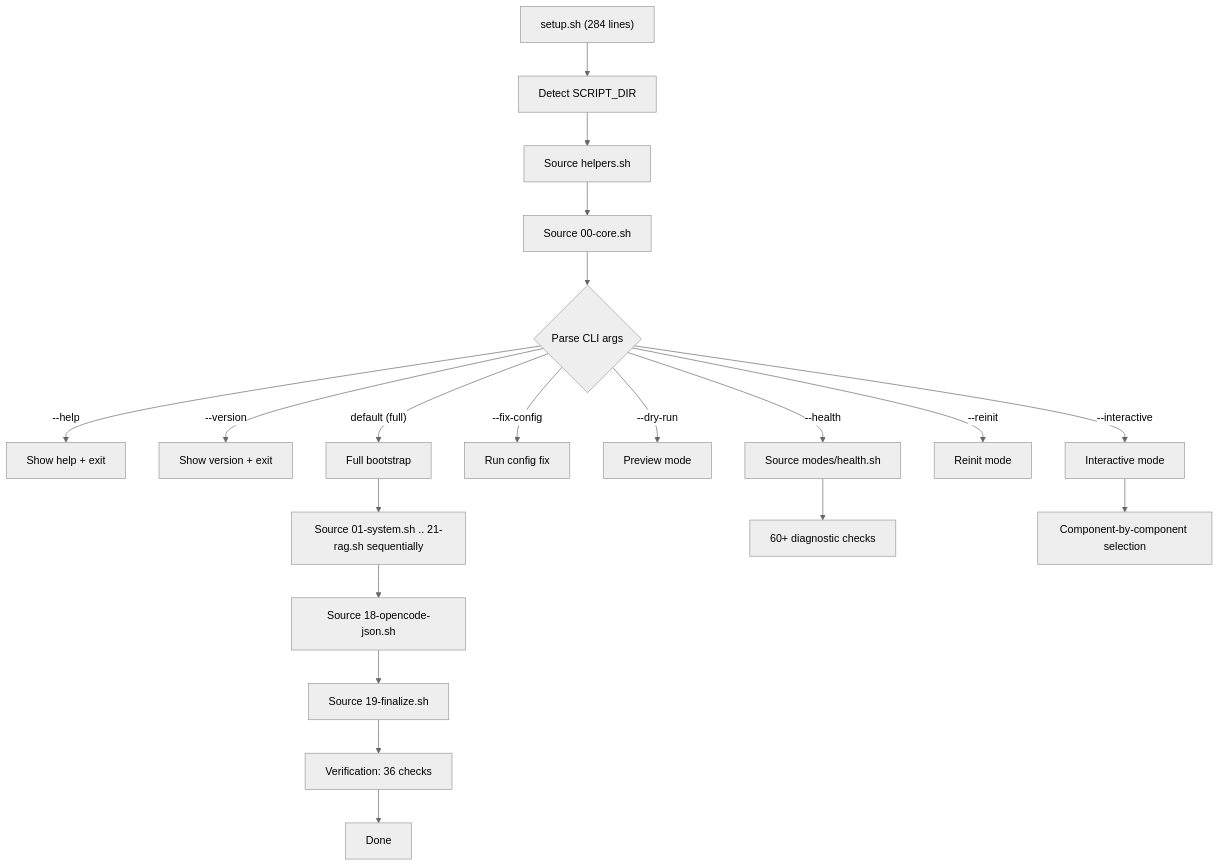
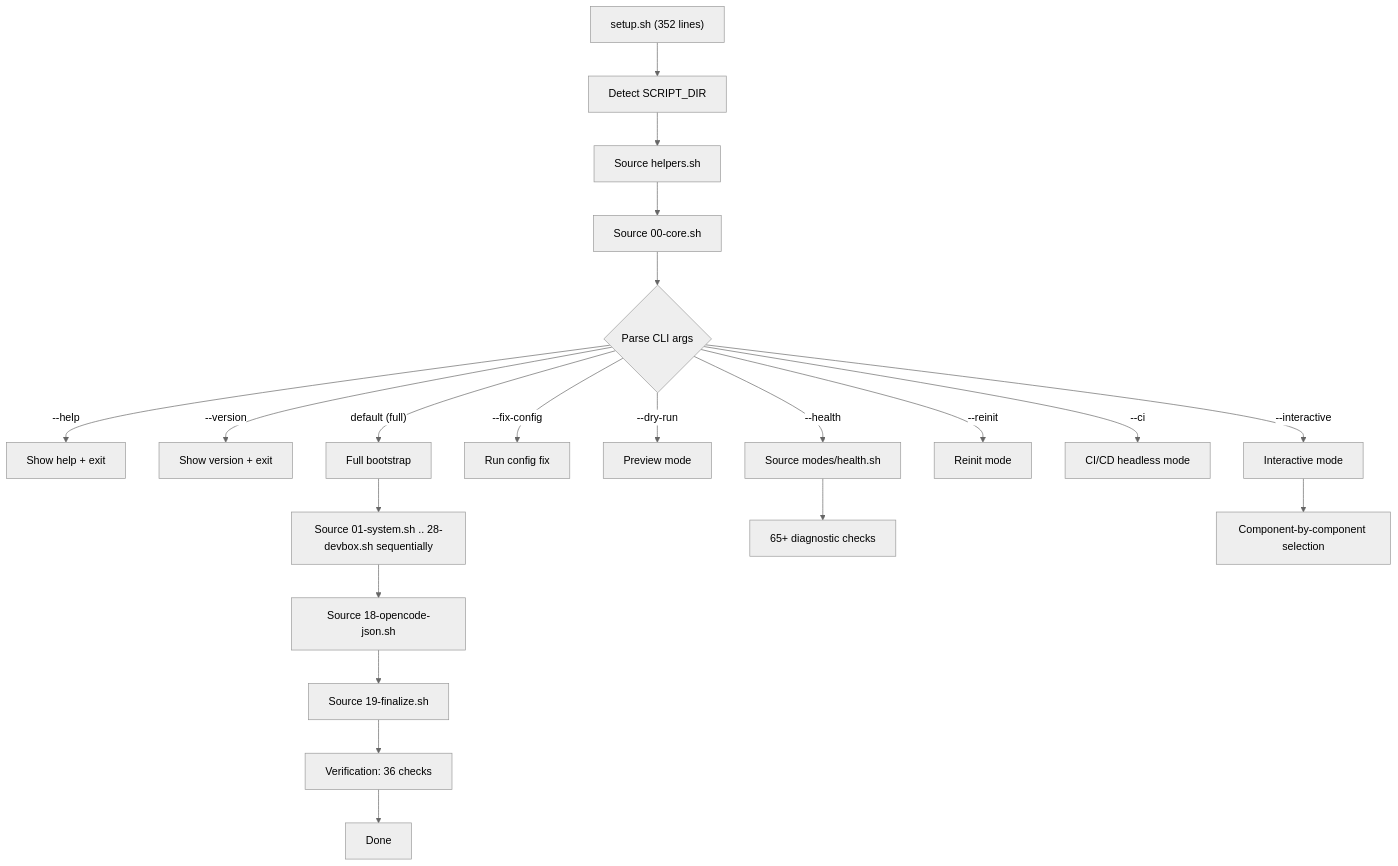
Before and after one commit to AlexanderNarbaev/opencode_initializer: the fourth of 5 diagrams in docs/architecture/index.en.md, drawn with Mermaid (neutral theme). The commit also changed other lines of this file and 26 other files, not shown here.

````diff
--- a/docs/architecture/index.en.md
+++ b/docs/architecture/index.en.md
@@ -105,24 +115,25 @@
 ```mermaid
 flowchart TD
-    A["setup.sh (284 lines)"] --> B["Detect SCRIPT_DIR"]
+    A["setup.sh (352 lines)"] --> B["Detect SCRIPT_DIR"]
     B --> C["Source helpers.sh"]
     C --> D["Source 00-core.sh"]
     D --> E{"Parse CLI args"}
     E -->|"--help"| F["Show help + exit"]
     E -->|"--version"| G["Show version + exit"]
     E -->|"--health"| H["Source modes/health.sh"]
     E -->|"--fix-config"| I["Run config fix"]
     E -->|"--dry-run"| J["Preview mode"]
     E -->|"--interactive"| K["Interactive mode"]
     E -->|"--reinit"| L["Reinit mode"]
+    E -->|"--ci"| CI["CI/CD headless mode"]
     E -->|"default (full)"| M["Full bootstrap"]
-    
-    M --> N["Source 01-system.sh .. 21-rag.sh sequentially"]
+
+    M --> N["Source 01-system.sh .. 28-devbox.sh sequentially"]
     N --> O["Source 18-opencode-json.sh"]
     O --> P["Source 19-finalize.sh"]
     P --> Q["Verification: 36 checks"]
     Q --> R["Done"]
-    
-    H --> S["60+ diagnostic checks"]
+
+    H --> S["65+ diagnostic checks"]
     K --> T["Component-by-component selection"]
 ```
````
